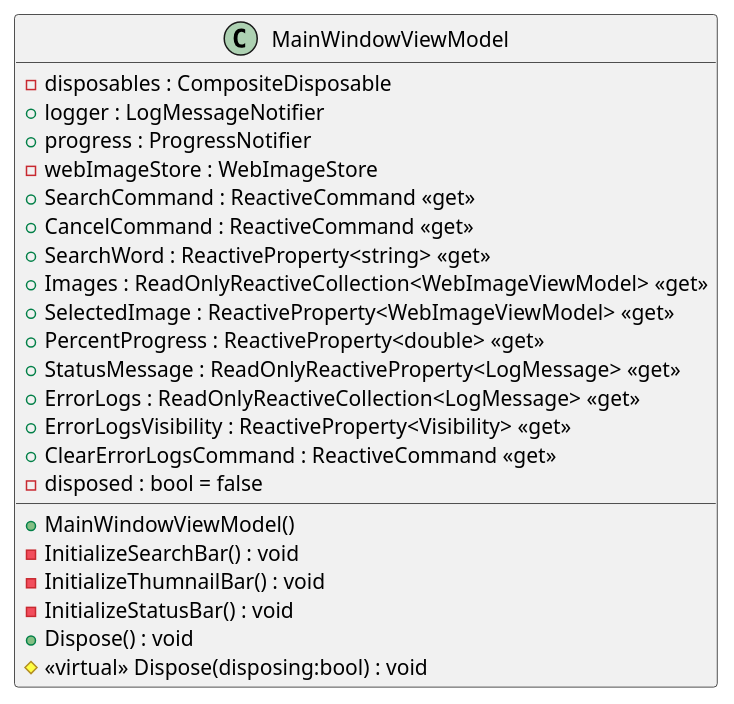
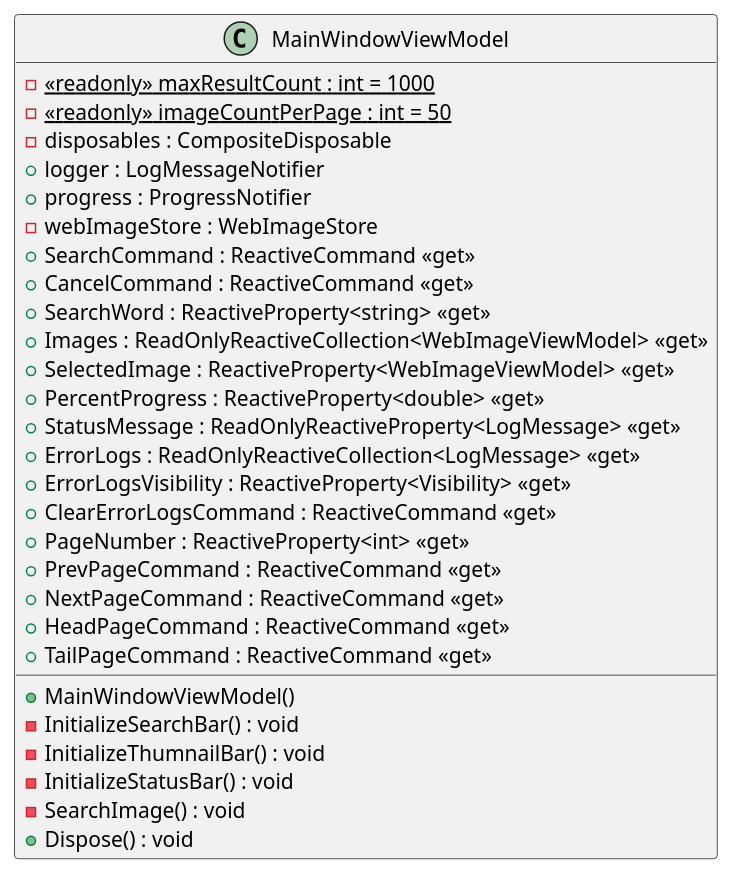
The diagram in uml/ClassDiagrams/ViewModels/MainWindowViewModel.plantuml (pierre3/ReactiveBingViewer), drawn with PlantUML before and after one commit. The commit also changed 6 other files, not shown here.

```diff
--- a/uml/ClassDiagrams/ViewModels/MainWindowViewModel.plantuml
+++ b/uml/ClassDiagrams/ViewModels/MainWindowViewModel.plantuml
@@ -1,23 +1,29 @@
 class MainWindowViewModel {
+    - {static} <<readonly>> maxResultCount : int = 1000
+    - {static} <<readonly>> imageCountPerPage : int = 50
     - disposables : CompositeDisposable
     + logger : LogMessageNotifier
     + progress : ProgressNotifier
     - webImageStore : WebImageStore
     + SearchCommand : ReactiveCommand <<get>>
     + CancelCommand : ReactiveCommand <<get>>
     + SearchWord : ReactiveProperty<string> <<get>>
     + Images : ReadOnlyReactiveCollection<WebImageViewModel> <<get>>
     + SelectedImage : ReactiveProperty<WebImageViewModel> <<get>>
     + PercentProgress : ReactiveProperty<double> <<get>>
     + StatusMessage : ReadOnlyReactiveProperty<LogMessage> <<get>>
     + ErrorLogs : ReadOnlyReactiveCollection<LogMessage> <<get>>
     + ErrorLogsVisibility : ReactiveProperty<Visibility> <<get>>
     + ClearErrorLogsCommand : ReactiveCommand <<get>>
+    + PageNumber : ReactiveProperty<int> <<get>>
+    + PrevPageCommand : ReactiveCommand <<get>>
+    + NextPageCommand : ReactiveCommand <<get>>
+    + HeadPageCommand : ReactiveCommand <<get>>
+    + TailPageCommand : ReactiveCommand <<get>>
     + MainWindowViewModel()
     - InitializeSearchBar() : void
     - InitializeThumnailBar() : void
     - InitializeStatusBar() : void
+    - SearchImage() : void
     + Dispose() : void
-    # <<virtual>> Dispose(disposing:bool) : void
-    - disposed : bool = false
 }
```
